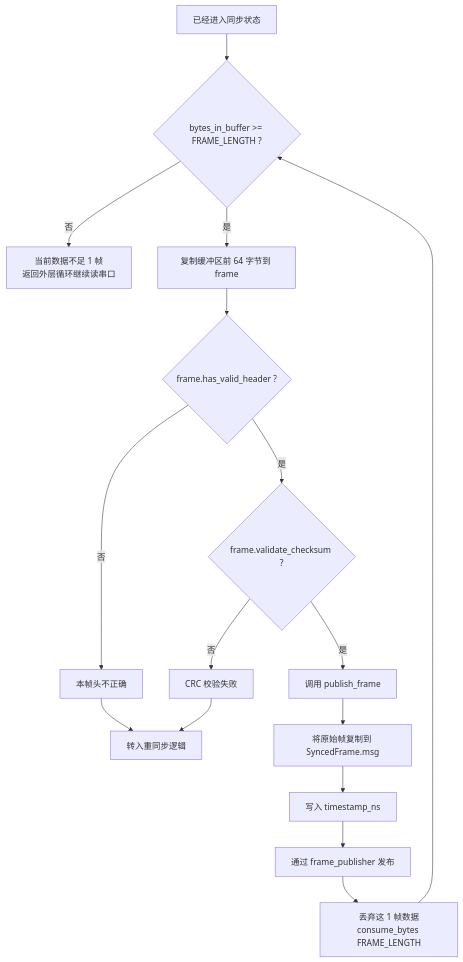
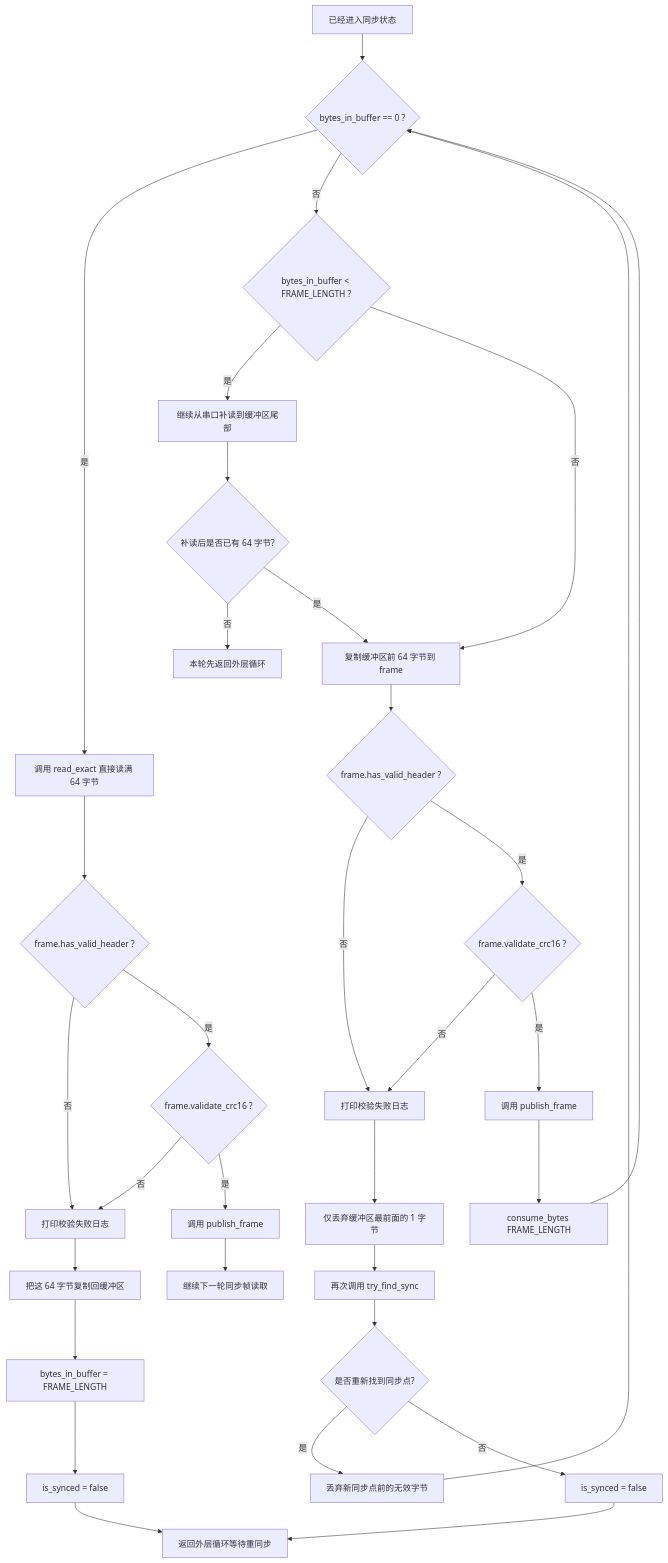
The diagram in docs/frame_sync/03_已同步后处理.md (ecuster21/MissionComputerTeach), drawn with Mermaid before and after one commit. The commit also changed other lines of this file and 12 other files, not shown here.

````diff
--- a/docs/frame_sync/03_已同步后处理.md
+++ b/docs/frame_sync/03_已同步后处理.md
@@ -5,21 +5,40 @@
 ```mermaid
 flowchart TB
-    A[已经进入同步状态] --> B{bytes_in_buffer >= FRAME_LENGTH ?}
-    B -- 否 --> C[当前数据不足 1 帧<br/>返回外层循环继续读串口]
-    B -- 是 --> D[复制缓冲区前 64 字节到 frame]
+    A[已经进入同步状态] --> B{bytes_in_buffer == 0 ?}
 
-    D --> E{frame.has_valid_header ?}
-    E -- 否 --> F[本帧头不正确]
-    E -- 是 --> G{frame.validate_checksum ?}
-    G -- 否 --> H[CRC 校验失败]
-    G -- 是 --> I[调用 publish_frame]
+    B -- 是 --> C[调用 read_exact 直接读满 64 字节]
+    C --> D{frame.has_valid_header ?}
+    D -- 否 --> E[打印校验失败日志]
+    D -- 是 --> F{frame.validate_crc16 ?}
+    F -- 否 --> E
+    F -- 是 --> G[调用 publish_frame]
+    G --> H[继续下一轮同步帧读取]
 
-    I --> J[将原始帧复制到 SyncedFrame.msg]
-    J --> K[写入 timestamp_ns]
-    K --> L[通过 frame_publisher 发布]
-    L --> M[丢弃这 1 帧数据<br/>consume_bytes FRAME_LENGTH]
-    M --> B
+    E --> I[把这 64 字节复制回缓冲区]
+    I --> J[bytes_in_buffer = FRAME_LENGTH]
+    J --> K[is_synced = false]
+    K --> L[返回外层循环等待重同步]
 
-    F --> N[转入重同步逻辑]
-    H --> N
+    B -- 否 --> M{bytes_in_buffer < FRAME_LENGTH ?}
+    M -- 是 --> N[继续从串口补读到缓冲区尾部]
+    N --> O{补读后是否已有 64 字节?}
+    O -- 否 --> L2[本轮先返回外层循环]
+    O -- 是 --> P[复制缓冲区前 64 字节到 frame]
+    M -- 否 --> P[复制缓冲区前 64 字节到 frame]
+
+    P --> Q{frame.has_valid_header ?}
+    Q -- 否 --> R[打印校验失败日志]
+    Q -- 是 --> S{frame.validate_crc16 ?}
+    S -- 否 --> R
+    S -- 是 --> T[调用 publish_frame]
+    T --> U[consume_bytes FRAME_LENGTH]
+    U --> B
+
+    R --> V[仅丢弃缓冲区最前面的 1 字节]
+    V --> W[再次调用 try_find_sync]
+    W --> X{是否重新找到同步点?}
+    X -- 是 --> Y[丢弃新同步点前的无效字节]
+    Y --> B
+    X -- 否 --> Z[is_synced = false]
+    Z --> L
 ```
````
